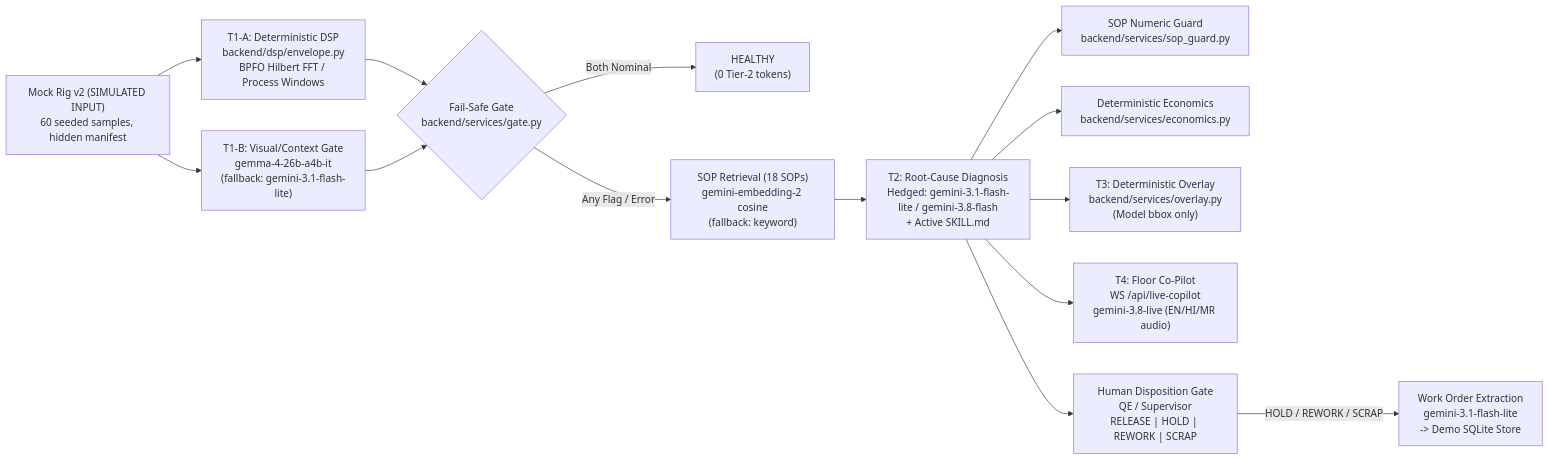
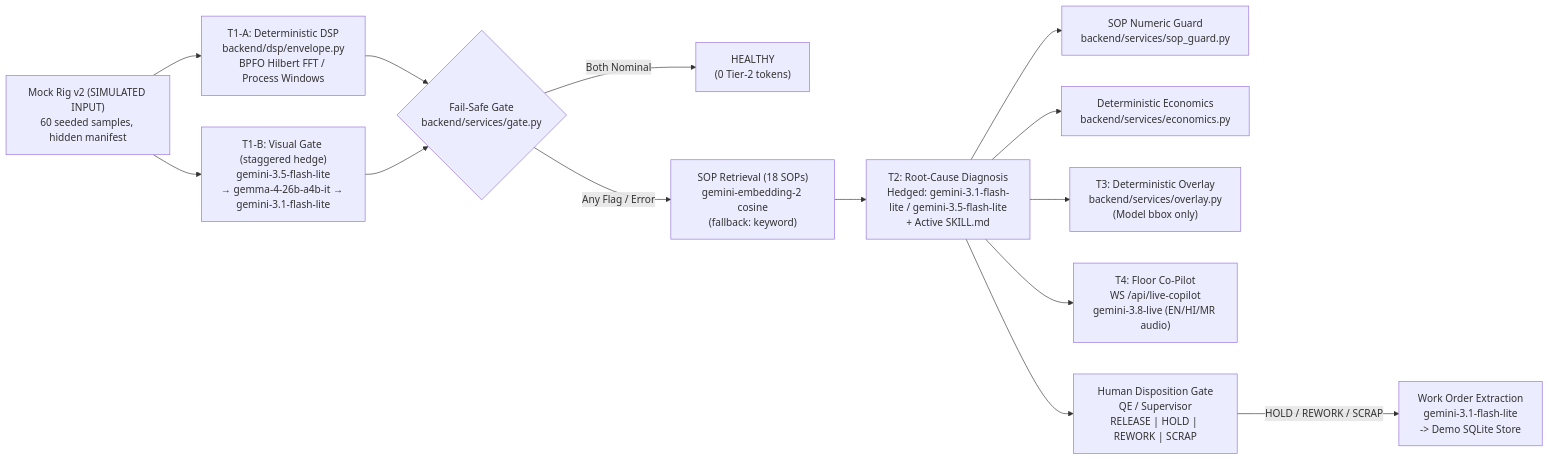
The diagram in README.md (NikhilPande008/Vinyas), drawn with Mermaid before and after one commit. The commit also changed other lines of this file and 25 other files, not shown here.

First line of the commit message:
Jury fixes 2: benchmark-chosen visual gate, plausible solder bridges, working retrieval, 30-part eval

````diff
--- a/README.md
+++ b/README.md
@@ -31,16 +31,16 @@
 ```mermaid
 flowchart LR
     MR["Mock Rig v2 (SIMULATED INPUT)\n60 seeded samples, hidden manifest"] --> T1A["T1-A: Deterministic DSP\nbackend/dsp/envelope.py\nBPFO Hilbert FFT / Process Windows"]
-    MR --> T1B["T1-B: Visual/Context Gate\ngemma-4-26b-a4b-it\n(fallback: gemini-3.1-flash-lite)"]
+    MR --> T1B["T1-B: Visual Gate (staggered hedge)\ngemini-3.5-flash-lite\n→ gemma-4-26b-a4b-it → gemini-3.1-flash-lite"]
     T1A --> GATE{"Fail-Safe Gate\nbackend/services/gate.py"}
     T1B --> GATE
     GATE -- "Both Nominal" --> PASS["HEALTHY\n(0 Tier-2 tokens)"]
     GATE -- "Any Flag / Error" --> RET["SOP Retrieval (18 SOPs)\ngemini-embedding-2 cosine\n(fallback: keyword)"]
-    RET --> T2["T2: Root-Cause Diagnosis\nHedged: gemini-3.1-flash-lite / gemini-3.8-flash\n+ Active SKILL.md"]
+    RET --> T2["T2: Root-Cause Diagnosis\nHedged: gemini-3.1-flash-lite / gemini-3.5-flash-lite\n+ Active SKILL.md"]
     T2 --> GUARD["SOP Numeric Guard\nbackend/services/sop_guard.py"]
     T2 --> ECON["Deterministic Economics\nbackend/services/economics.py"]
     T2 --> T3["T3: Deterministic Overlay\nbackend/services/overlay.py\n(Model bbox only)"]
     T2 --> T4["T4: Floor Co-Pilot\nWS /api/live-copilot\ngemini-3.8-live (EN/HI/MR audio)"]
     T2 --> DISP["Human Disposition Gate\nQE / Supervisor\nRELEASE | HOLD | REWORK | SCRAP"]
     DISP -- "HOLD / REWORK / SCRAP" --> WO["Work Order Extraction\ngemini-3.1-flash-lite\n-> Demo SQLite Store"]
 ```
````
